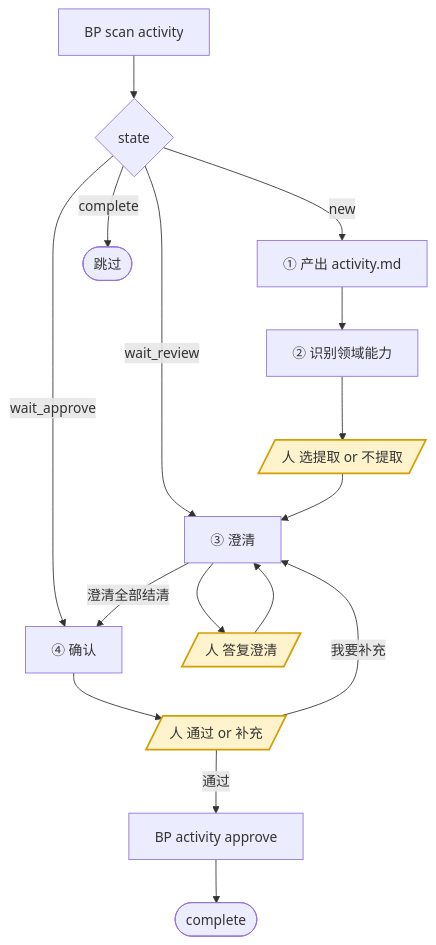
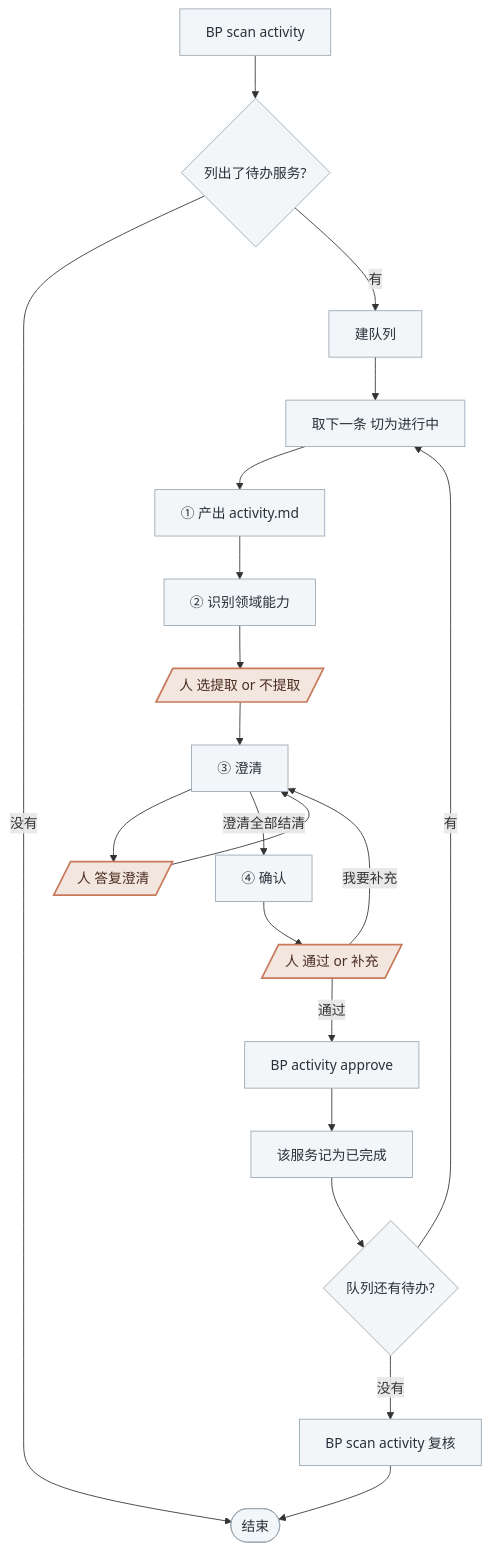
The diagram in skills/blueprint/assets/skills/activity.md (chxt100016/blueprint), drawn with Mermaid before and after one commit. The commit also changed other lines of this file and 50 other files, not shown here.

````diff
--- a/skills/blueprint/assets/skills/activity.md
+++ b/skills/blueprint/assets/skills/activity.md
@@ -56,21 +62,25 @@
 ```mermaid
 flowchart TD
-    A[BP scan activity] --> B{state}
-    B -->|new| C[① 产出 activity.md]
-    B -->|wait_review| E[③ 澄清]
-    B -->|wait_approve| F[④ 确认]
-    B -->|complete| G([跳过])
+    S1[BP scan activity] --> S2{列出了待办服务?}
+    S2 -->|没有| ZZ([结束])
+    S2 -->|有| S3[建队列]
+    S3 --> S4[取下一条 切为进行中]
+    S4 --> C[① 产出 activity.md]
     C --> D[② 识别领域能力]
     D --> P1[/人 选提取 or 不提取/]
-    P1 --> E
+    P1 --> E[③ 澄清]
     E --> P2[/人 答复澄清/]
     P2 --> E
-    E -->|澄清全部结清| F
+    E -->|澄清全部结清| F[④ 确认]
     F --> P3[/人 通过 or 补充/]
     P3 -->|我要补充| E
     P3 -->|通过| H[BP activity approve]
-    H --> I([complete])
+    H --> S5[该服务记为已完成]
+    S5 --> S6{队列还有待办?}
+    S6 -->|有| S4
+    S6 -->|没有| V[BP scan activity 复核] --> ZZ
 
-    classDef human fill:#fff3cd,stroke:#d39e00,stroke-width:2px
+    classDef default fill:#f3f6f8,stroke:#9aa8b4,color:#27313a
+    classDef human fill:#f3e6df,stroke:#c77a5c,color:#4a2c21,stroke-width:2px
     class P1,P2,P3 human
 ```
````
